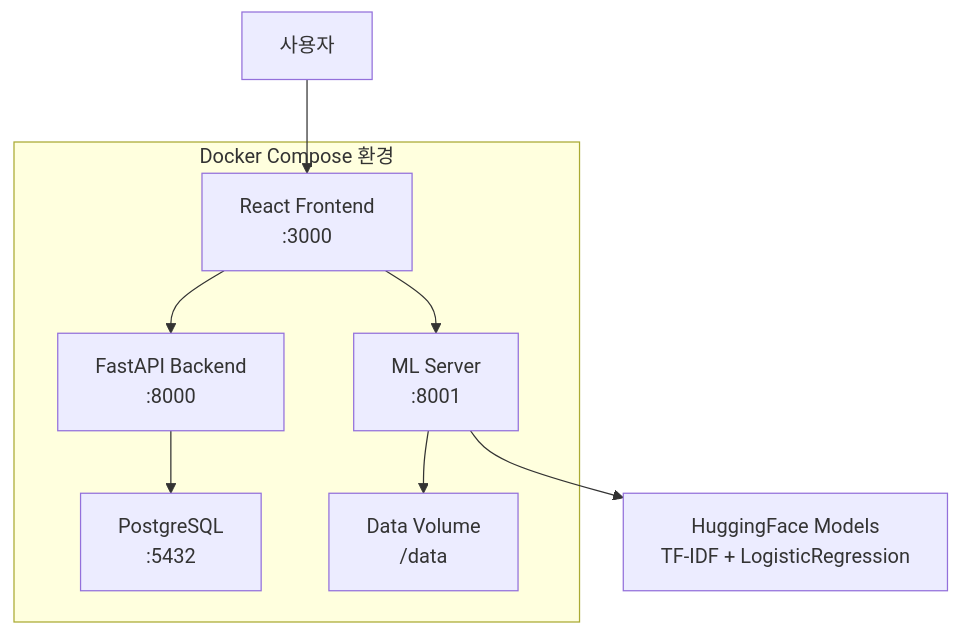
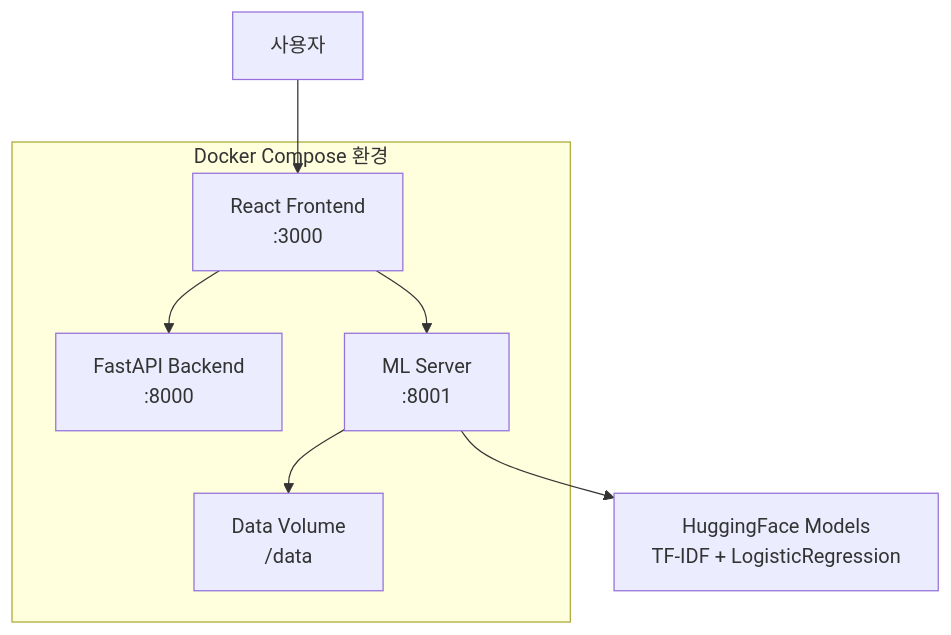
The diagram in README.md (seungmin956/gamer-personality-analyzer), drawn with Mermaid before and after one commit. The commit also changed other lines of this file, not shown here.

````diff
--- a/README.md
+++ b/README.md
@@ -33,12 +22,11 @@
 ```mermaid
 graph TB
     subgraph "Docker Compose 환경"
         A[React Frontend<br/>:3000] --> B[FastAPI Backend<br/>:8000]
         A --> C[ML Server<br/>:8001]
-        B --> D[PostgreSQL<br/>:5432]
         C --> E[Data Volume<br/>/data]
     end
     
     F[사용자] --> A
     C --> G[HuggingFace Models<br/>TF-IDF + LogisticRegression]
 ```
````
